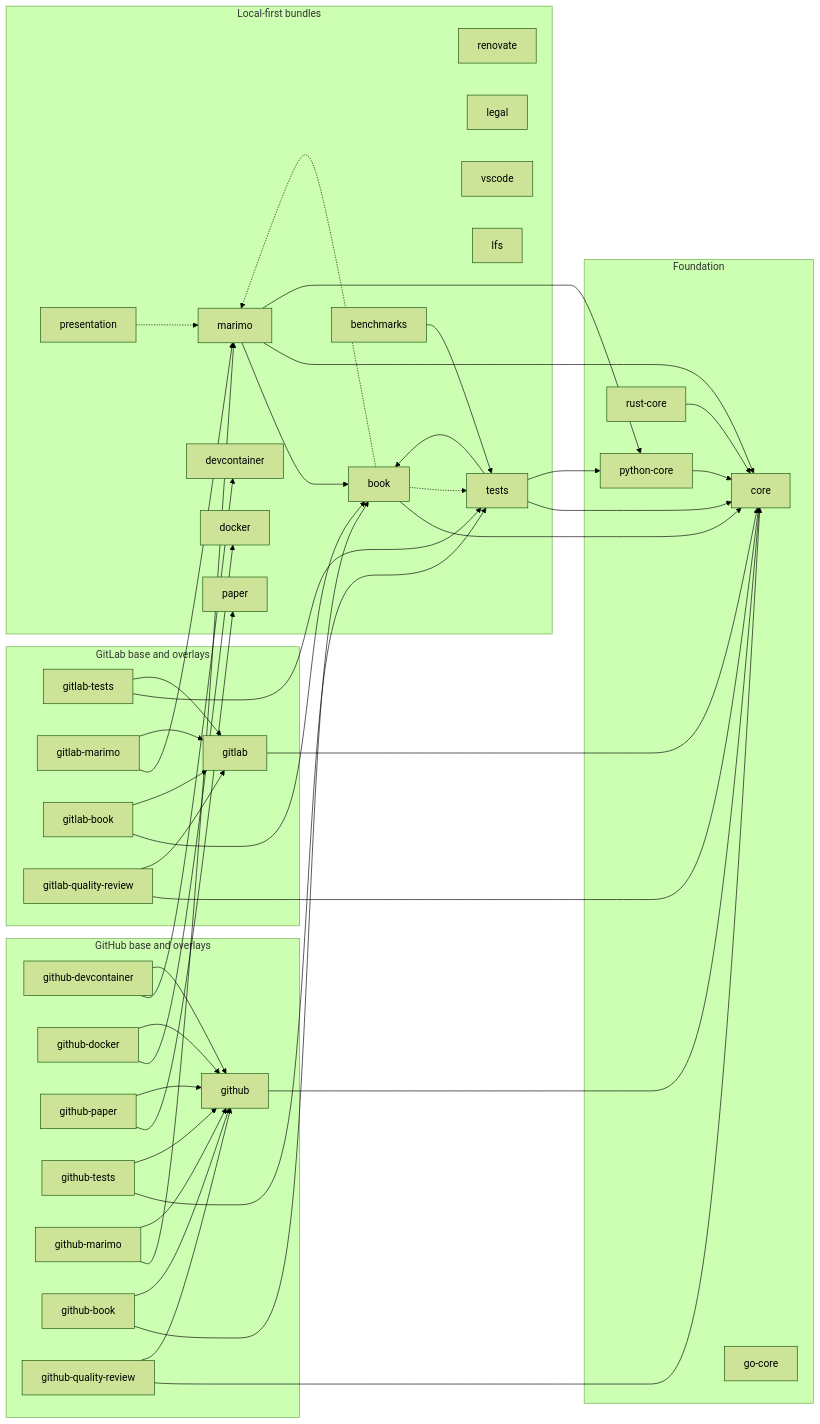
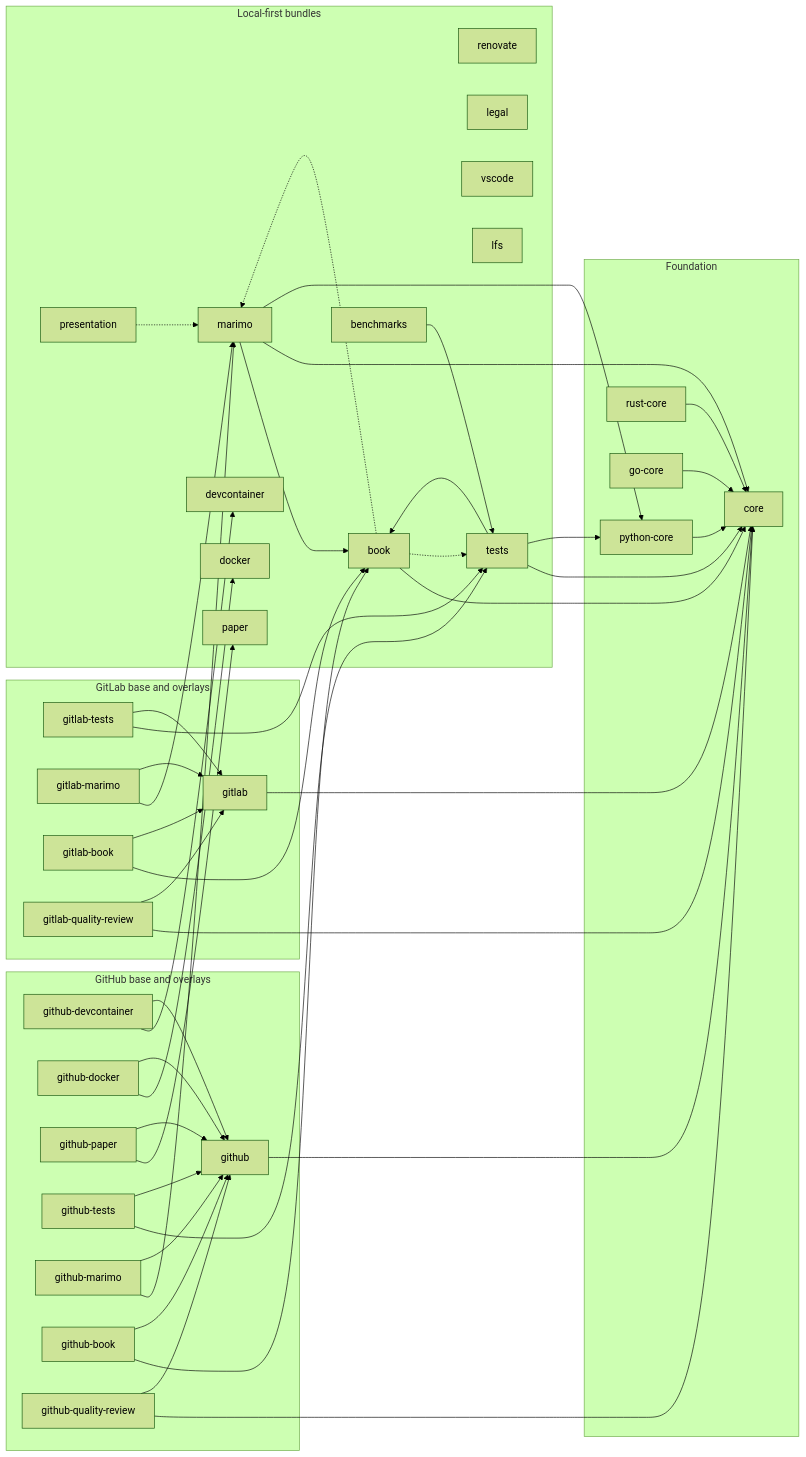
The diagram in docs/reference/GLOSSARY.md (Jebel-Quant/rhiza), drawn with Mermaid (forest theme) before and after one commit. The commit also changed other lines of this file and 15 other files, not shown here.

````diff
--- a/docs/reference/GLOSSARY.md
+++ b/docs/reference/GLOSSARY.md
@@ -42,81 +45,82 @@
 ```mermaid
 flowchart LR
     subgraph Foundation["Foundation"]
         core["core"]
         python_core["python-core"]
         rust_core["rust-core"]
         go_core["go-core"]
     end
 
     subgraph Local["Local-first bundles"]
         renovate["renovate"]
         legal["legal"]
         devcontainer["devcontainer"]
         vscode["vscode"]
         docker["docker"]
         lfs["lfs"]
         presentation["presentation"]
         paper["paper"]
         book["book"]
         tests["tests"]
         benchmarks["benchmarks"]
         marimo["marimo"]
     end
 
     subgraph GitHub["GitHub base and overlays"]
         github["github"]
         github_devcontainer["github-devcontainer"]
         github_docker["github-docker"]
         github_paper["github-paper"]
         github_tests["github-tests"]
         github_marimo["github-marimo"]
         github_book["github-book"]
         github_quality_review["github-quality-review"]
     end
 
     subgraph GitLab["GitLab base and overlays"]
         gitlab["gitlab"]
         gitlab_tests["gitlab-tests"]
         gitlab_marimo["gitlab-marimo"]
         gitlab_book["gitlab-book"]
         gitlab_quality_review["gitlab-quality-review"]
     end
 
     python_core --> core
     rust_core --> core
+    go_core --> core
     github --> core
     gitlab --> core
     book --> core
     tests --> book
     tests --> core
     tests --> python_core
     benchmarks --> tests
     marimo --> book
     marimo --> core
     marimo --> python_core
     github_devcontainer --> devcontainer
     github_devcontainer --> github
     github_docker --> docker
     github_docker --> github
     github_paper --> paper
     github_paper --> github
     github_tests --> tests
     github_tests --> github
     github_marimo --> marimo
     github_marimo --> github
     github_book --> book
     github_book --> github
     github_quality_review --> core
     github_quality_review --> github
     gitlab_tests --> tests
     gitlab_tests --> gitlab
     gitlab_marimo --> marimo
     gitlab_marimo --> gitlab
     gitlab_book --> book
     gitlab_book --> gitlab
     gitlab_quality_review --> core
     gitlab_quality_review --> gitlab
     presentation -.-> marimo
     book -.-> tests
     book -.-> marimo
 ```
````
